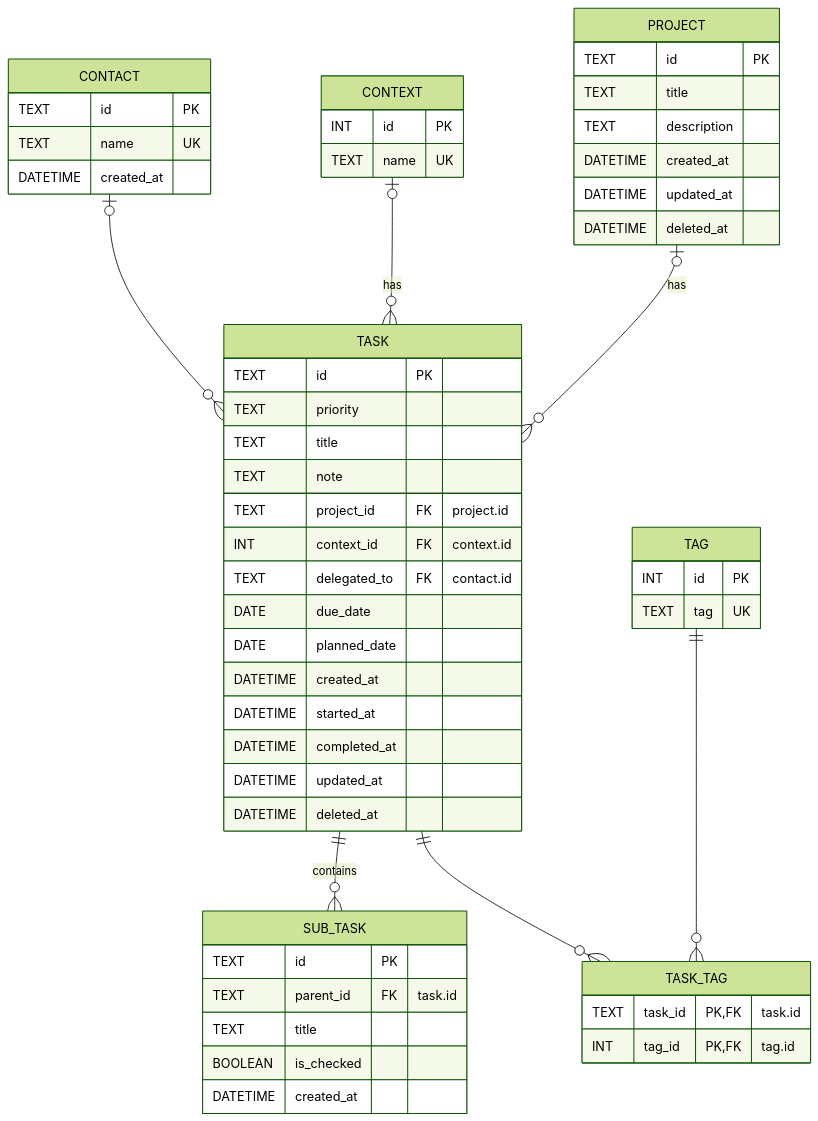
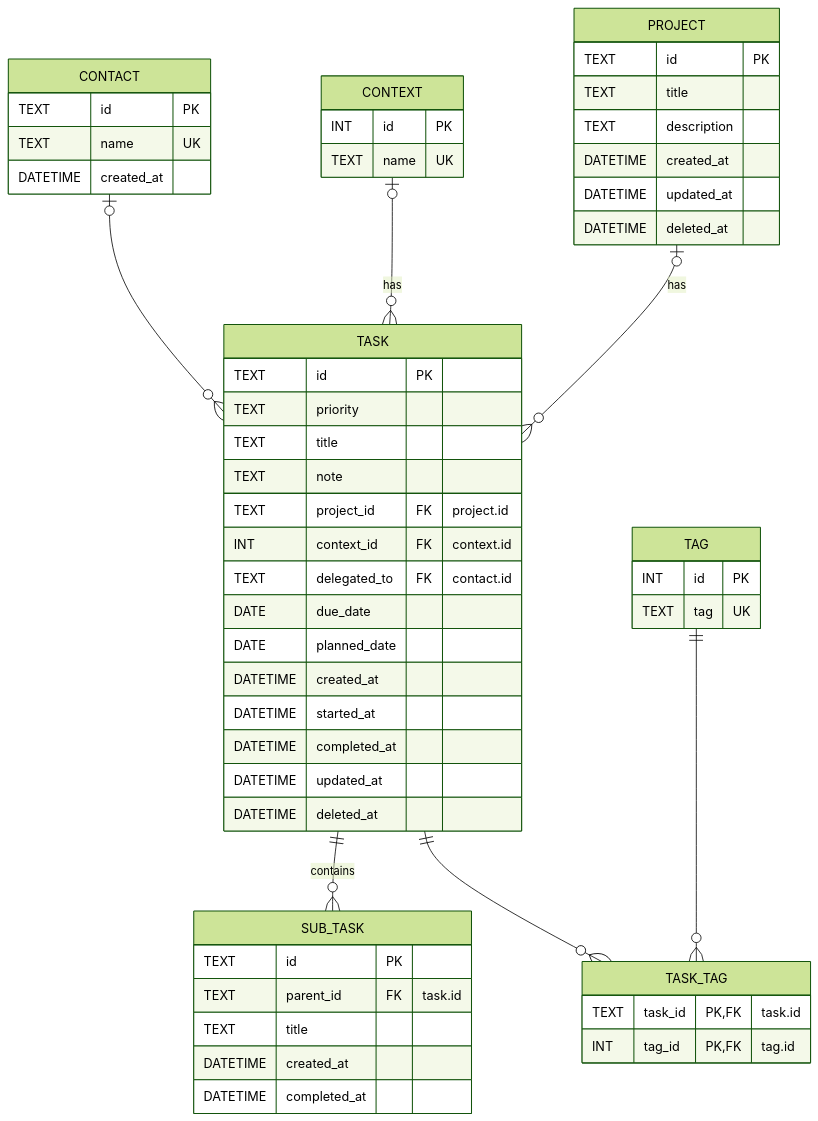
Before and after one commit to rvnkcode/dawn_cli: the diagram in docs/db.md, drawn with Mermaid (forest theme). The commit also changed other lines of this file, not shown here.

Commit message:
Update DB schema doc: modified is_checked to completed_at in the sub_task table

````diff
--- a/docs/db.md
+++ b/docs/db.md
@@ -12,64 +12,64 @@
 ```mermaid
 erDiagram
     CONTACT |o--o{ TASK : ""
     CONTEXT |o--o{ TASK : has
     PROJECT |o--o{ TASK : has
     TASK ||--o{ SUB_TASK : contains
     TASK ||--o{ TASK_TAG : ""
     TAG ||--o{ TASK_TAG : ""
 
     CONTACT {
         TEXT id PK
         TEXT name UK
         DATETIME created_at
     }
 
     CONTEXT {
         INT id PK
         TEXT name UK
     }
 
     PROJECT {
         TEXT id PK
         TEXT title
         TEXT description
         DATETIME created_at
         DATETIME updated_at
         DATETIME deleted_at
     }
 
     TASK {
         TEXT id PK
         TEXT priority
         TEXT title
         TEXT note
         TEXT project_id FK "project.id"
         INT context_id FK "context.id"
         TEXT delegated_to FK "contact.id"
         DATE due_date
         DATE planned_date
         DATETIME created_at
         DATETIME started_at
         DATETIME completed_at
         DATETIME updated_at
         DATETIME deleted_at
     }
 
     SUB_TASK {
         TEXT id PK
         TEXT parent_id FK "task.id"
         TEXT title
-        BOOLEAN is_checked
         DATETIME created_at
+        DATETIME completed_at
     }
 
     TAG {
         INT id PK
         TEXT tag UK
     }
 
     TASK_TAG {
         TEXT task_id PK,FK "task.id"
         INT tag_id PK,FK "tag.id"
     }
 ```
````
